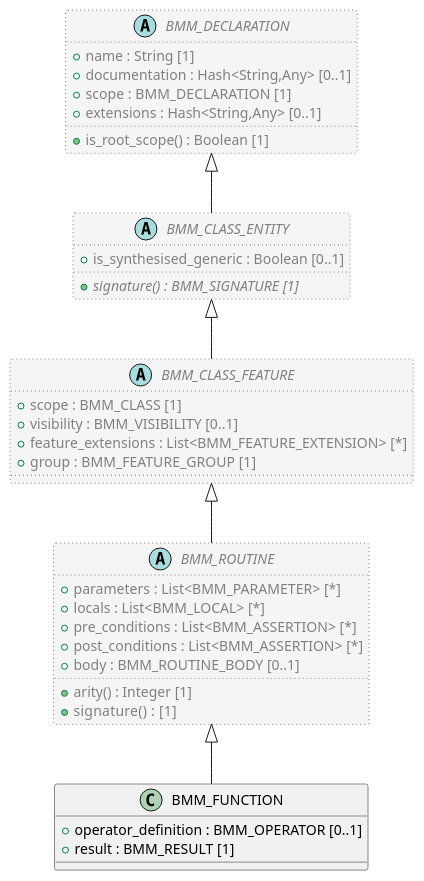
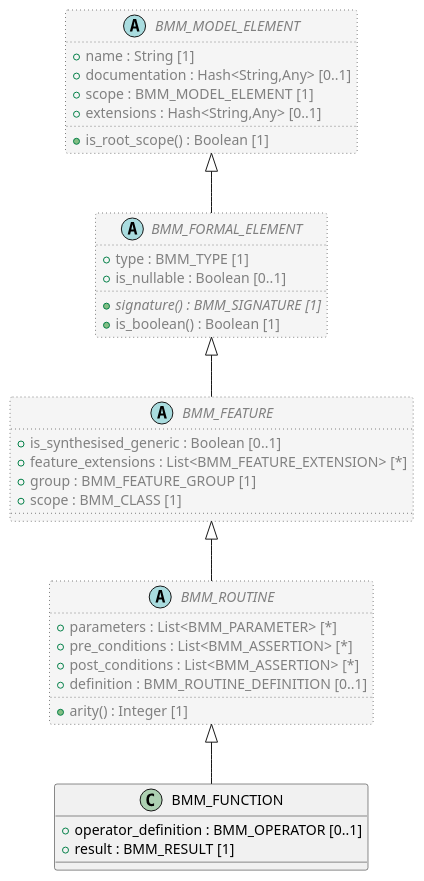
One commit to sebastian-iancu/code-generator changed the diagram in code/Adoc/openehr_lang_1.1.0/plantUML/classes/org.openehr.lang.bmm.bmm_function.adoc. Above: the diagram before and after it, drawn with PlantUML. The commit also changed 719 other files, not shown here.

```diff
--- a/code/Adoc/openehr_lang_1.1.0/plantUML/classes/org.openehr.lang.bmm.bmm_function.adoc
+++ b/code/Adoc/openehr_lang_1.1.0/plantUML/classes/org.openehr.lang.bmm.bmm_function.adoc
@@ -1,50 +1,50 @@
 [plantuml,BMM_FUNCTION,format=svg,svg-type="inline"]
 -----
 @startuml
 
 class BMM_FUNCTION {
   + operator_definition : BMM_OPERATOR [0..1]
   + result : BMM_RESULT [1]
 }
 
 abstract class BMM_ROUTINE  #whitesmoke;line:gray;line.dotted;text:gray {
   + parameters : List<BMM_PARAMETER> [*]
-  + locals : List<BMM_LOCAL> [*]
   + pre_conditions : List<BMM_ASSERTION> [*]
   + post_conditions : List<BMM_ASSERTION> [*]
-  + body : BMM_ROUTINE_BODY [0..1]
+  + definition : BMM_ROUTINE_DEFINITION [0..1]
   + arity() : Integer [1]
-  + signature() :  [1]
 }
 
-abstract class BMM_CLASS_FEATURE  #whitesmoke;line:gray;line.dotted;text:gray {
-  + scope : BMM_CLASS [1]
-  + visibility : BMM_VISIBILITY [0..1]
+abstract class BMM_FEATURE  #whitesmoke;line:gray;line.dotted;text:gray {
+  + is_synthesised_generic : Boolean [0..1]
   + feature_extensions : List<BMM_FEATURE_EXTENSION> [*]
   + group : BMM_FEATURE_GROUP [1]
+  + scope : BMM_CLASS [1]
 }
 
-abstract class BMM_CLASS_ENTITY  #whitesmoke;line:gray;line.dotted;text:gray {
-  + is_synthesised_generic : Boolean [0..1]
+abstract class BMM_FORMAL_ELEMENT  #whitesmoke;line:gray;line.dotted;text:gray {
+  + type : BMM_TYPE [1]
+  + is_nullable : Boolean [0..1]
   + {abstract} signature() : BMM_SIGNATURE [1]
+  + is_boolean() : Boolean [1]
 }
 
-abstract class BMM_DECLARATION  #whitesmoke;line:gray;line.dotted;text:gray {
+abstract class BMM_MODEL_ELEMENT  #whitesmoke;line:gray;line.dotted;text:gray {
   + name : String [1]
   + documentation : Hash<String,Any> [0..1]
-  + scope : BMM_DECLARATION [1]
+  + scope : BMM_MODEL_ELEMENT [1]
   + extensions : Hash<String,Any> [0..1]
   + is_root_scope() : Boolean [1]
 }
 
-BMM_DECLARATION <|-- BMM_CLASS_ENTITY
+BMM_MODEL_ELEMENT <|-- BMM_FORMAL_ELEMENT
 
-BMM_CLASS_ENTITY <|-- BMM_CLASS_FEATURE
+BMM_FORMAL_ELEMENT <|-- BMM_FEATURE
 
-BMM_CLASS_FEATURE <|-- BMM_ROUTINE
+BMM_FEATURE <|-- BMM_ROUTINE
 
 BMM_ROUTINE <|-- BMM_FUNCTION
 
 
 @enduml
 -----
```
